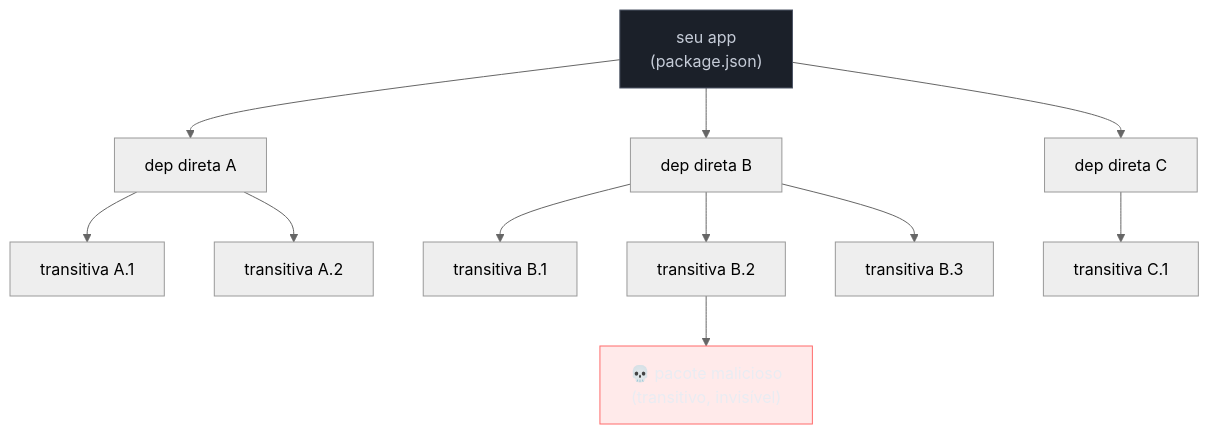
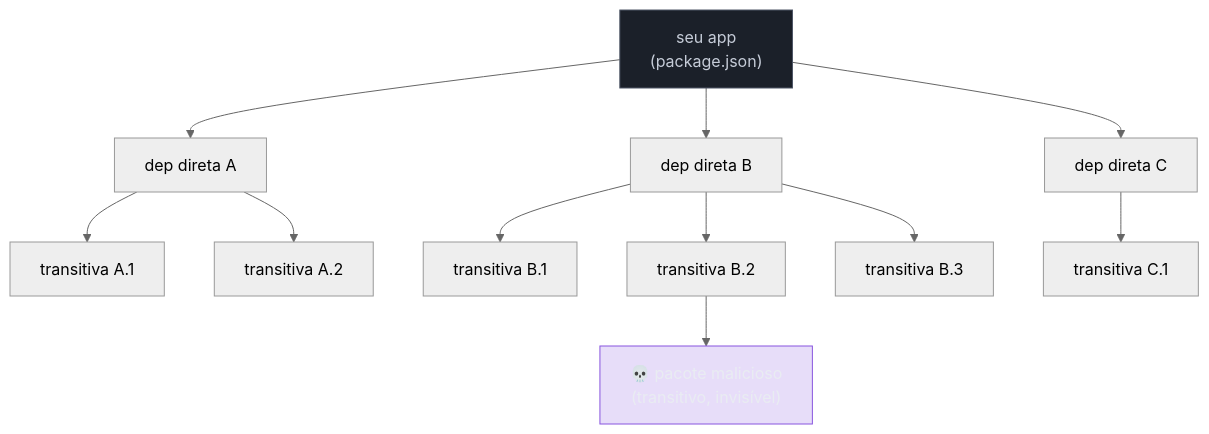
Before and after one commit to josenaldo/codex-technomanticus: the first of 7 diagrams in 03-Dominios/Tecnologia/Tooling e Build/24 - Supply chain e segurança de dependências.md, drawn with Mermaid (neutral theme). The commit also changed other lines of this file and 601 other files, not shown here.

````diff
--- a/03-Dominios/Tecnologia/Tooling e Build/24 - Supply chain e segurança de dependências.md
+++ b/03-Dominios/Tecnologia/Tooling e Build/24 - Supply chain e segurança de dependências.md
@@ -35,34 +35,34 @@
 ```mermaid
 graph TD
-    classDef falha fill:#FF6B6B24,stroke:#FF6B6B,color:#E9ECF2
+    classDef marca fill:#8855DF33,stroke:#8855DF,color:#E9ECF2
     classDef neutro fill:#1B2029,stroke:#4E5666,color:#C6CCD8
     APP["seu app\n(package.json)"]
 
     D1["dep direta A"]
     D2["dep direta B"]
     D3["dep direta C"]
 
     T1["transitiva A.1"]
     T2["transitiva A.2"]
     T3["transitiva B.1"]
     T4["transitiva B.2"]
     T5["transitiva B.3"]
     T6["transitiva C.1"]
 
     EVIL["💀 pacote malicioso\n(transitivo, invisível)"]
 
     APP --> D1
     APP --> D2
     APP --> D3
 
     D1 --> T1
     D1 --> T2
     D2 --> T3
     D2 --> T4
     D2 --> T5
     D3 --> T6
     T4 --> EVIL
 
-    class EVIL falha
+    class EVIL marca
     class APP neutro
 ```
````
